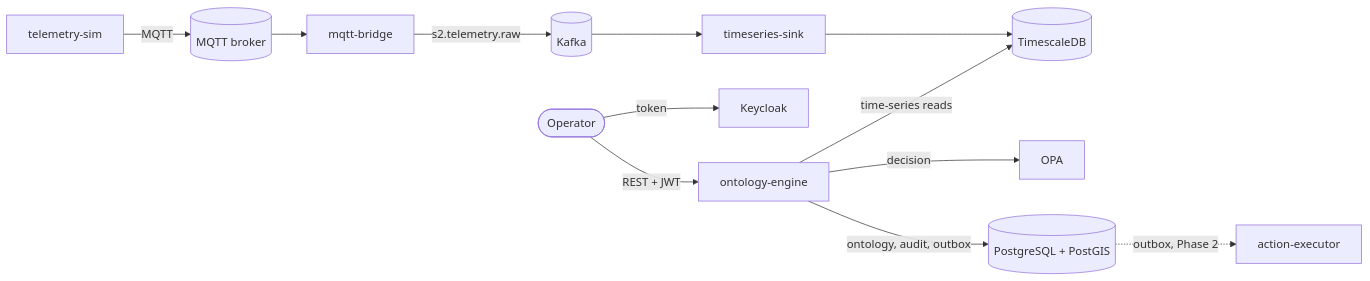
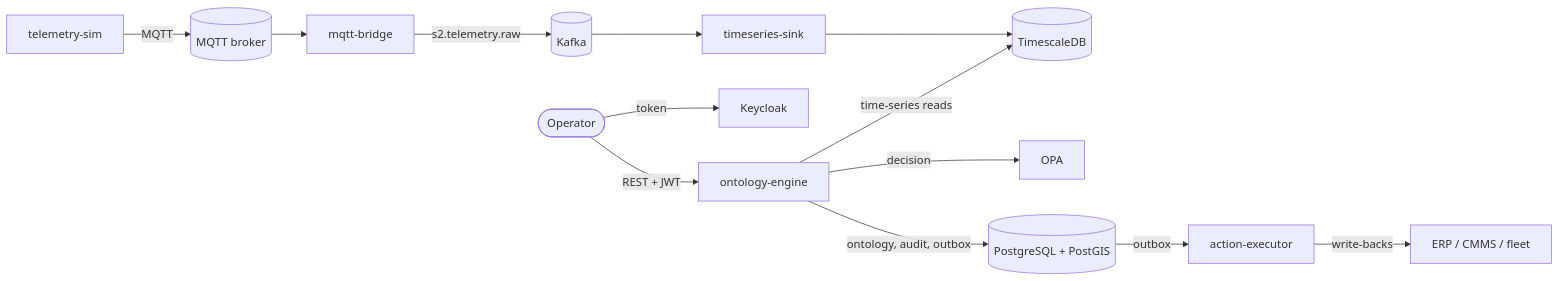
The first of 2 diagrams in docs/architecture/overview.md (veerendra-saraswathi/S2), drawn with Mermaid before and after one commit. The commit also changed other lines of this file and 28 other files, not shown here.

First line of the commit message:
Phase 2, slice 1: action executor delivers queued write-backs

````diff
--- a/docs/architecture/overview.md
+++ b/docs/architecture/overview.md
@@ -19,15 +19,16 @@
 ```mermaid
 flowchart LR
     sim[telemetry-sim] -->|MQTT| mqtt[(MQTT broker)]
     mqtt --> bridge[mqtt-bridge]
     bridge -->|s2.telemetry.raw| kafka[(Kafka)]
     kafka --> sink[timeseries-sink]
     sink --> tsdb[(TimescaleDB)]
 
     user([Operator]) -->|token| kc[Keycloak]
     user -->|REST + JWT| engine[ontology-engine]
     engine -->|decision| opa[OPA]
     engine -->|ontology, audit, outbox| pg[(PostgreSQL + PostGIS)]
     engine -->|time-series reads| tsdb
-    pg -.->|outbox, Phase 2| exec[action-executor]
+    pg -->|outbox| exec[action-executor]
+    exec -->|write-backs| ext[ERP / CMMS / fleet]
 ```
````
